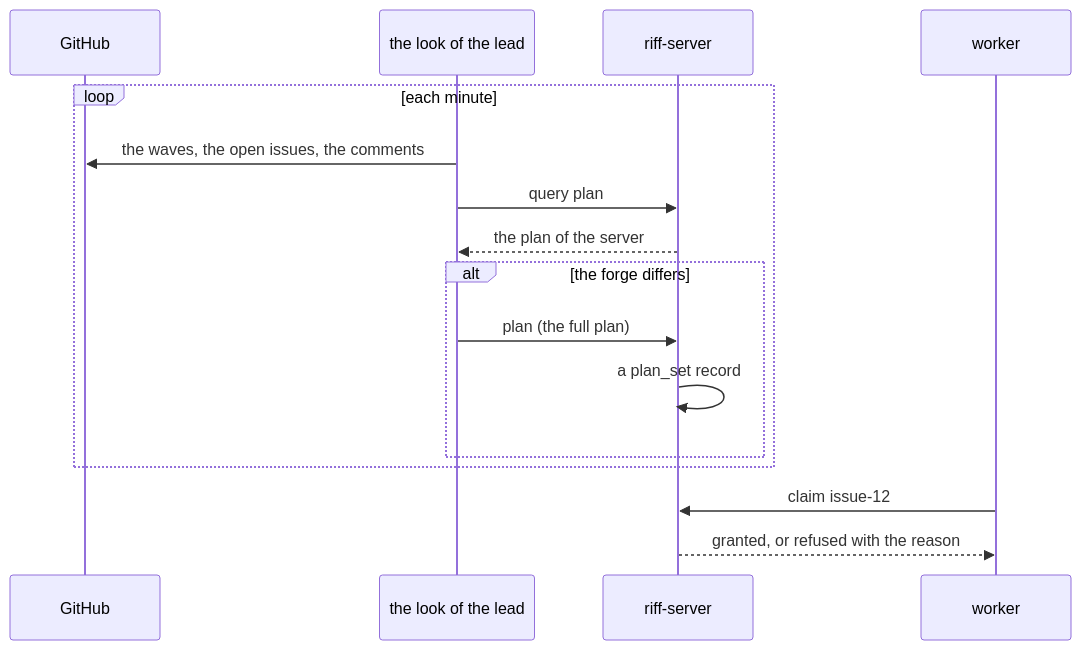
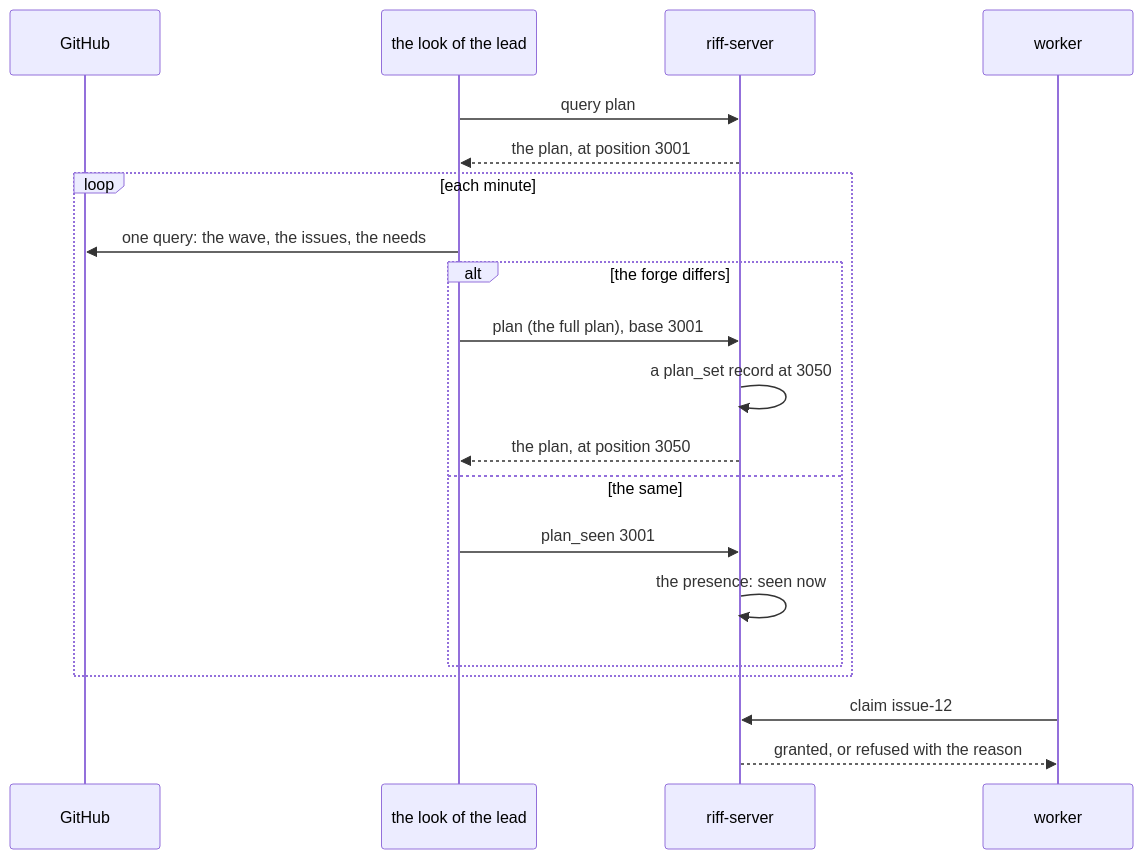
Before and after one commit to como-technologies/riff: the second of 3 diagrams in docs/src/design-plan.md, drawn with Mermaid. The commit also changed other lines of this file and 2 other files, not shown here.

Commit message:
WIP: the design of the plan after the two reviews

````diff
--- a/docs/src/design-plan.md
+++ b/docs/src/design-plan.md
@@ -81,18 +98,22 @@
 ```mermaid
 sequenceDiagram
     participant G as GitHub
     participant L as the look of the lead
     participant S as riff-server
     participant W as worker
+    L->>S: query plan
+    S-->>L: the plan, at position 3001
     loop each minute
-        L->>G: the waves, the open issues, the comments
-        L->>S: query plan
-        S-->>L: the plan of the server
+        L->>G: one query: the wave, the issues, the needs
         alt the forge differs
-            L->>S: plan (the full plan)
-            S->>S: a plan_set record
+            L->>S: plan (the full plan), base 3001
+            S->>S: a plan_set record at 3050
+            S-->>L: the plan, at position 3050
+        else the same
+            L->>S: plan_seen 3001
+            S->>S: the presence: seen now
         end
     end
     W->>S: claim issue-12
     S-->>W: granted, or refused with the reason
 ```
````
